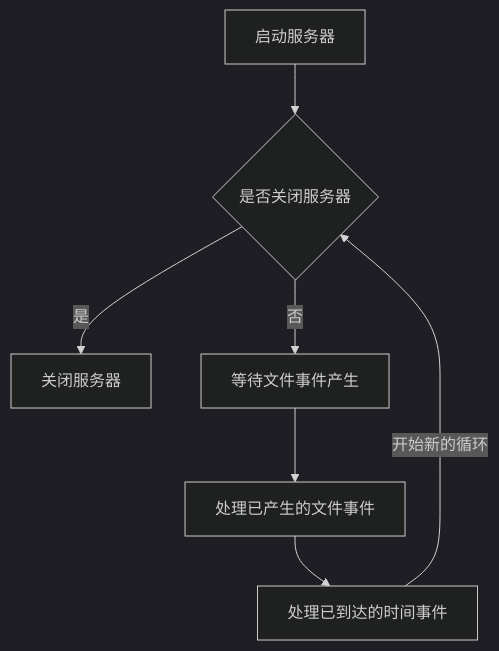
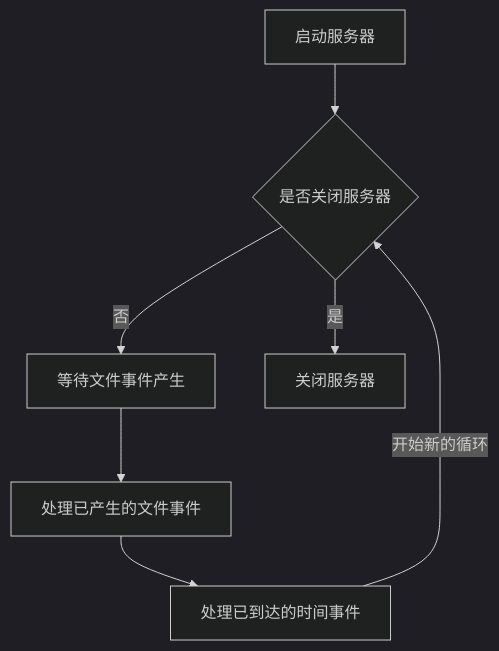
The seventh of 7 diagrams in md/redis/redis-事件.md (Never12581/study-demo), drawn with Mermaid (dark theme) before and after one commit. The commit also changed other lines of this file and 8 other files, not shown here.

````diff
--- a/md/redis/redis-事件.md
+++ b/md/redis/redis-事件.md
@@ -380,12 +380,12 @@
 ```mermaid
 graph TD
 
 start_server[启动服务器] --> is_close{是否关闭服务器}
-is_close --是--> close_server[关闭服务器]
 
 is_close --否--> wait_file_events[等待文件事件产生]
 wait_file_events --> proc_exist_file_events[处理已产生的文件事件]
 proc_exist_file_events --> arrive_time_events[处理已到达的时间事件]
+is_close --是--> close_server[关闭服务器]
 
 arrive_time_events --开始新的循环--> is_close
 ```
````
